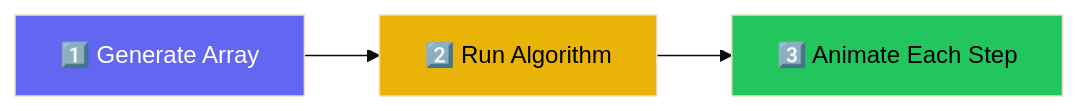
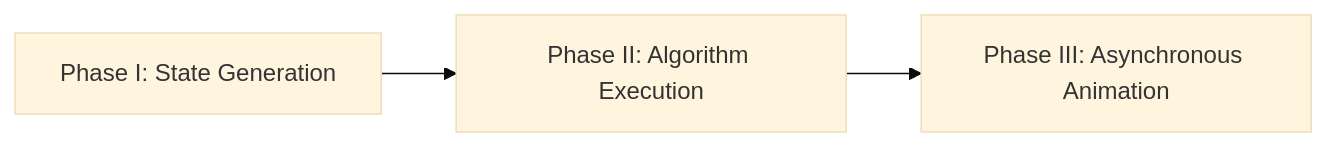
The second of 2 diagrams in 01-project-architecture.md (findrishu/semicolon), drawn with Mermaid (base theme) before and after one commit. The commit also changed other lines of this file and 5 other files, not shown here.

````diff
--- a/01-project-architecture.md
+++ b/01-project-architecture.md
@@ -42,9 +38,5 @@
 ```mermaid
 flowchart LR
-    A["1️⃣ Generate Array"] --> B["2️⃣ Run Algorithm"]
-    B --> C["3️⃣ Animate Each Step"]
-
-    style A fill:#6366f1,color:#fff
-    style B fill:#eab308,color:#000
-    style C fill:#22c55e,color:#000
+    A["Phase I: State Generation"] --> B["Phase II: Algorithm Execution"]
+    B --> C["Phase III: Asynchronous Animation"]
 ```
````
